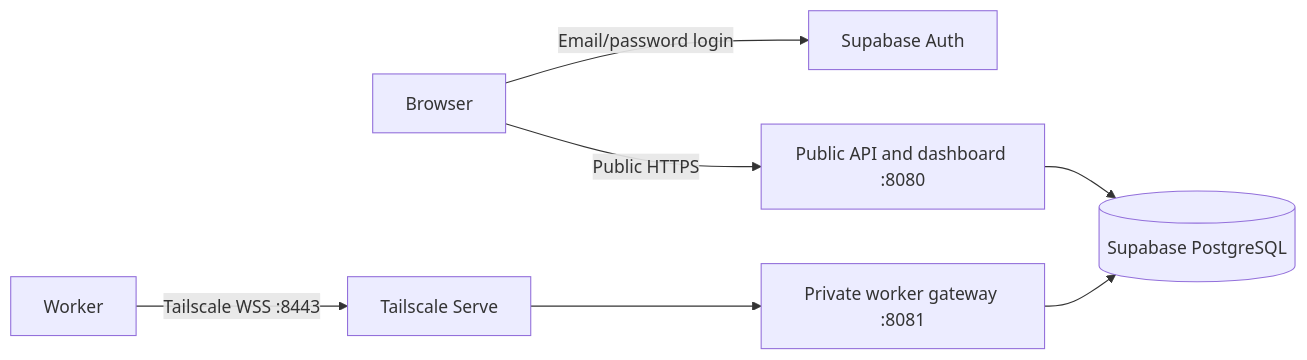
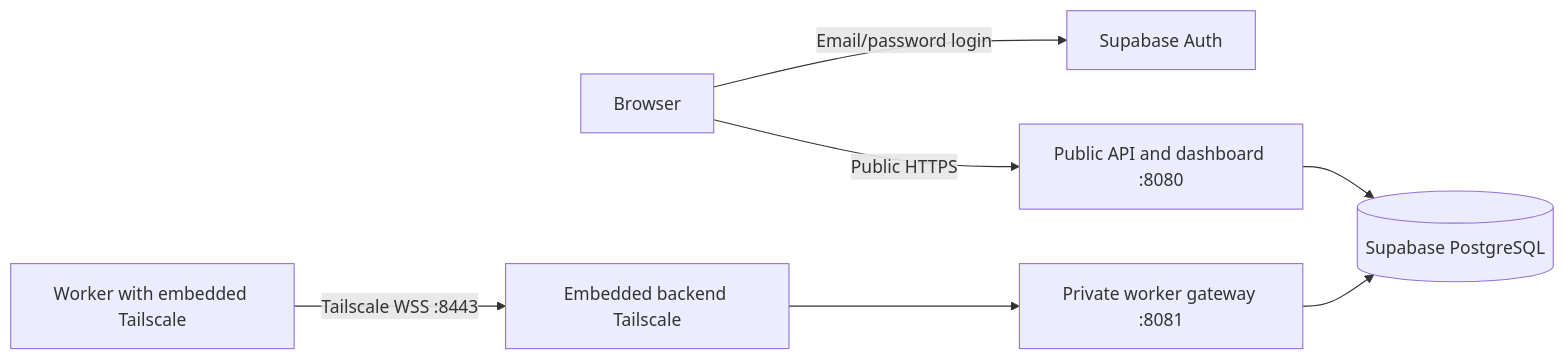
The diagram in docs/networking.md (ji24077/HTN), drawn with Mermaid before and after one commit. The commit also changed other lines of this file and 37 other files, not shown here.

Commit message:
Bundle Tailscale with backend and workers and complete browser auth flows

````diff
--- a/docs/networking.md
+++ b/docs/networking.md
@@ -3,9 +3,9 @@
 ```mermaid
 flowchart LR
     B[Browser] -->|Email/password login| A[Supabase Auth]
     B -->|Public HTTPS| P[Public API and dashboard :8080]
     P --> D[(Supabase PostgreSQL)]
-    W[Worker] -->|Tailscale WSS :8443| T[Tailscale Serve]
+    W[Worker with embedded Tailscale] -->|Tailscale WSS :8443| T[Embedded backend Tailscale]
     T --> G[Private worker gateway :8081]
     G --> D
 ```
````
